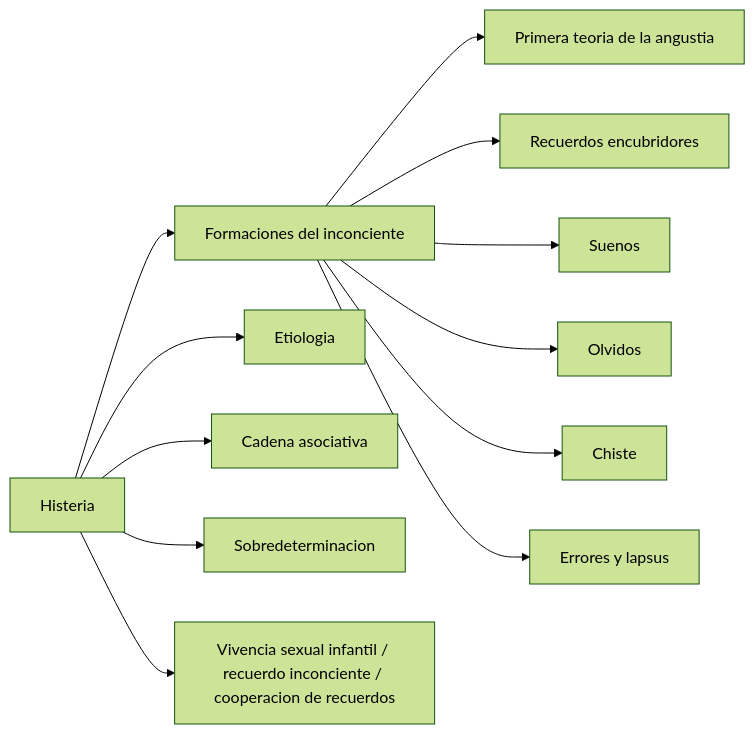
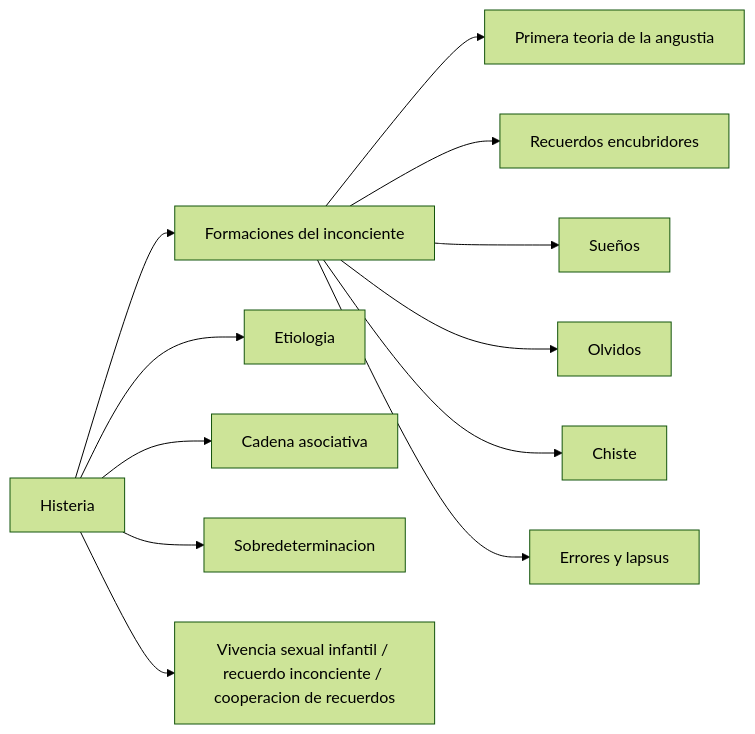
Diagram 21 of 28 in libro/bookops/04-apendice-investigacion-parcial/02-material-crudo-guias-y-notas.md (javifernandes/psicoanalisis-freud-laznik), drawn with Mermaid (forest theme) before and after one commit. The commit also changed other lines of this file and 30 other files, not shown here.

````diff
--- a/libro/bookops/04-apendice-investigacion-parcial/02-material-crudo-guias-y-notas.md
+++ b/libro/bookops/04-apendice-investigacion-parcial/02-material-crudo-guias-y-notas.md
@@ -1181,16 +1181,16 @@
 ```mermaid
 flowchart LR
   A["Histeria"] --> B["Formaciones del inconciente"]
   B --> C["Primera teoria de la angustia"]
 
   A --> A1["Etiologia"]
   A --> A2["Cadena asociativa"]
   A --> A3["Sobredeterminacion"]
   A --> A4["Vivencia sexual infantil / recuerdo inconciente / cooperacion de recuerdos"]
 
   B --> B1["Recuerdos encubridores"]
-  B --> B2["Suenos"]
+  B --> B2["Sueños"]
   B --> B3["Olvidos"]
   B --> B4["Chiste"]
   B --> B5["Errores y lapsus"]
 ```
````
